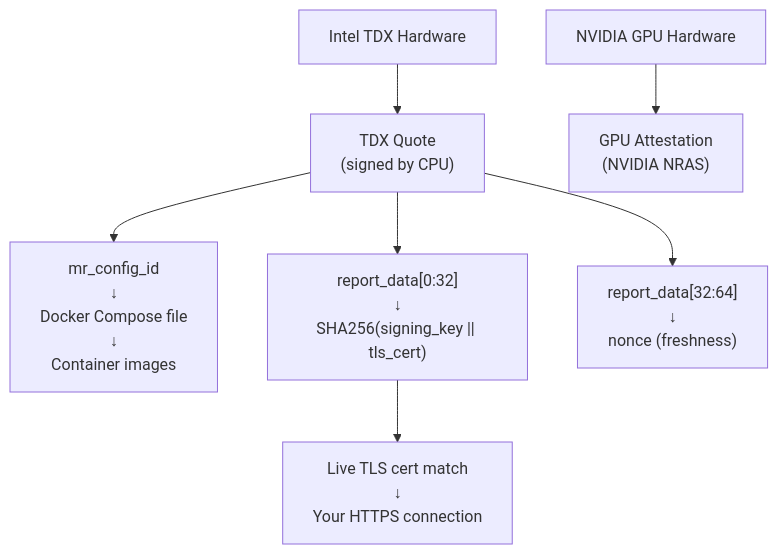
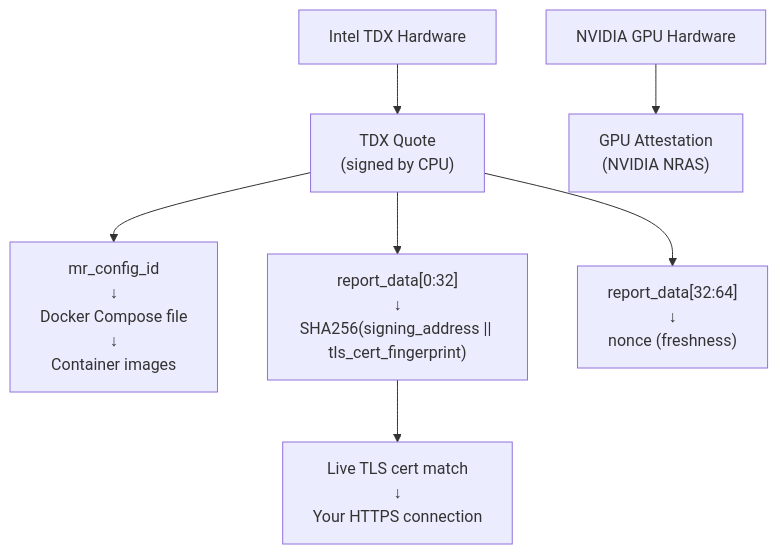
The diagram in docs/cloud/verification/tls-attestation-verification.mdx (nearai/docs), drawn with Mermaid before and after one commit. The commit also changed other lines of this file and 3 other files, not shown here.

````diff
--- a/docs/cloud/verification/tls-attestation-verification.mdx
+++ b/docs/cloud/verification/tls-attestation-verification.mdx
@@ -36,9 +43,9 @@
 ```mermaid
 flowchart TD
     A["Intel TDX Hardware"] --> Q["TDX Quote<br/>(signed by CPU)"]
     B["NVIDIA GPU Hardware"] --> G["GPU Attestation<br/>(NVIDIA NRAS)"]
     Q --> C["mr_config_id<br/>↓<br/>Docker Compose file<br/>↓<br/>Container images"]
-    Q --> D["report_data[0:32]<br/>↓<br/>SHA256(signing_key || tls_cert)"]
+    Q --> D["report_data[0:32]<br/>↓<br/>SHA256(signing_address || tls_cert_fingerprint)"]
     Q --> E["report_data[32:64]<br/>↓<br/>nonce (freshness)"]
     D --> F["Live TLS cert match<br/>↓<br/>Your HTTPS connection"]
 ```
````
